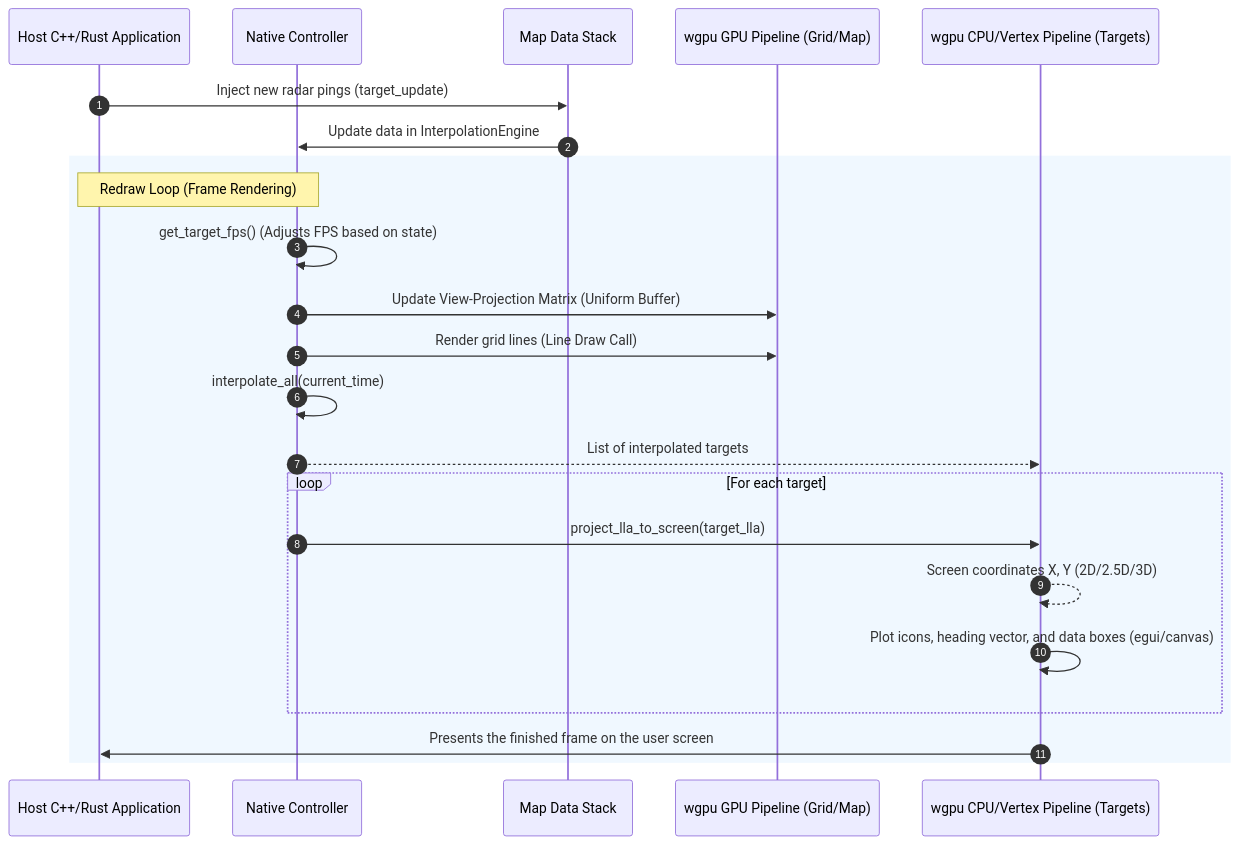
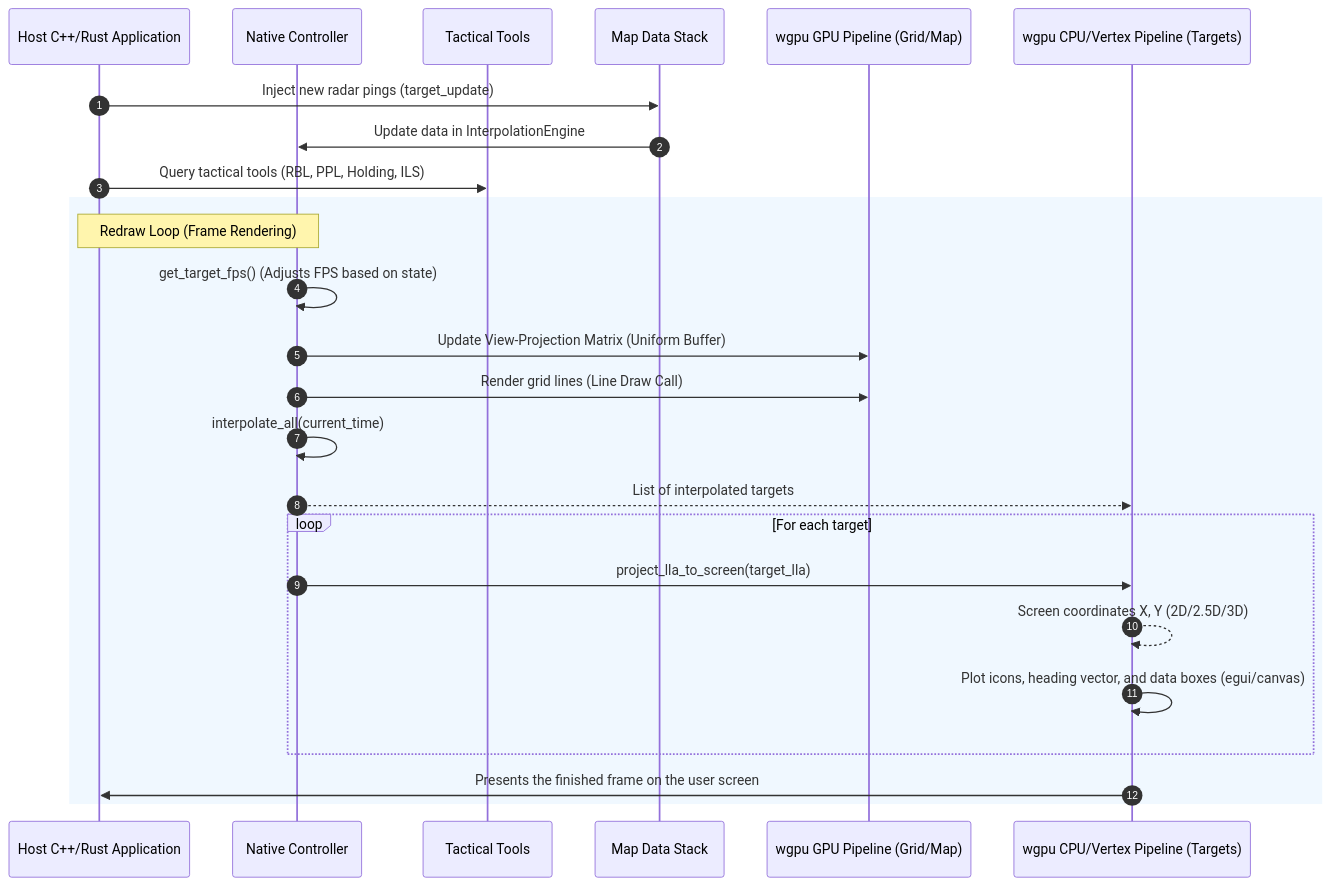
One commit to rodoni/olayer changed the diagram in docs/sdk/native/components.md. Above: the diagram before and after it, drawn with Mermaid. The commit also changed other lines of this file and 34 other files, not shown here.

First line of the commit message:
feat(gis): implement tactical aeronautical measurement tools and data ingestion

````diff
--- a/docs/sdk/native/components.md
+++ b/docs/sdk/native/components.md
@@ -155,35 +170,37 @@
 ```mermaid
 sequenceDiagram
     autonumber
     participant Host as Host C++/Rust Application
     participant Ctrl as Native Controller
+    participant Tools as Tactical Tools
     participant DS as Map Data Stack
     participant GPU as wgpu GPU Pipeline (Grid/Map)
     participant CPU as wgpu CPU/Vertex Pipeline (Targets)
 
     %% Ingestion
     Host->>DS: Inject new radar pings (target_update)
     DS->>Ctrl: Update data in InterpolationEngine
+    Host->>Tools: Query tactical tools (RBL, PPL, Holding, ILS)
     
     %% Rendering Loop
     rect rgb(240, 248, 255)
         Note over Ctrl, Host: Redraw Loop (Frame Rendering)
         Ctrl->>Ctrl: get_target_fps() (Adjusts FPS based on state)
         Ctrl->>GPU: Update View-Projection Matrix (Uniform Buffer)
         
         %% Render Static Layers / Grid
         Ctrl->>GPU: Render grid lines (Line Draw Call)
         
         %% Render Dynamic Layers / Targets
         Ctrl->>Ctrl: interpolate_all(current_time)
         Ctrl-->>CPU: List of interpolated targets
         
         loop For each target
             Ctrl->>CPU: project_lla_to_screen(target_lla)
             CPU-->>CPU: Screen coordinates X, Y (2D/2.5D/3D)
             CPU->>CPU: Plot icons, heading vector, and data boxes (egui/canvas)
         end
         
         CPU->>Host: Presents the finished frame on the user screen
     end
 ```
````
